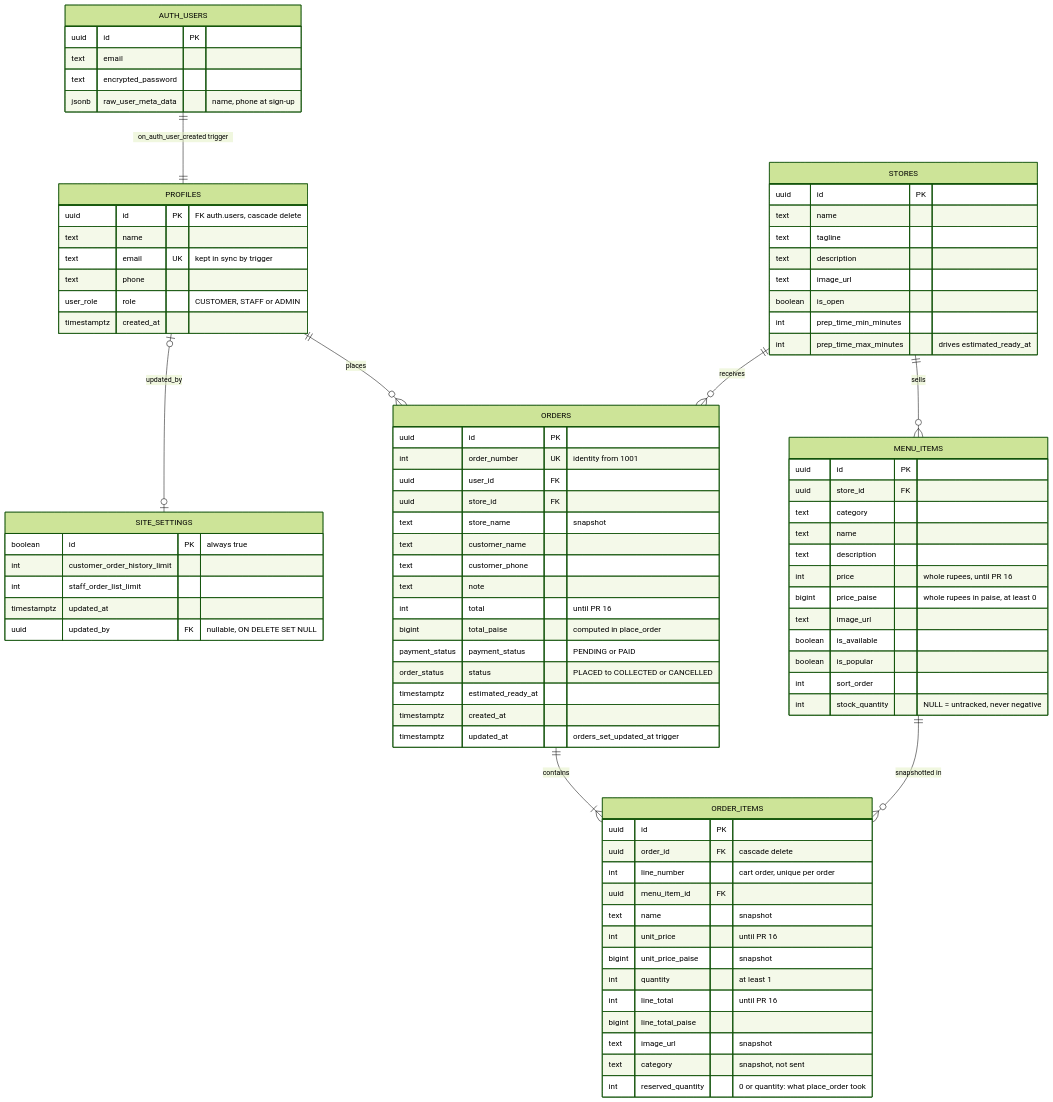
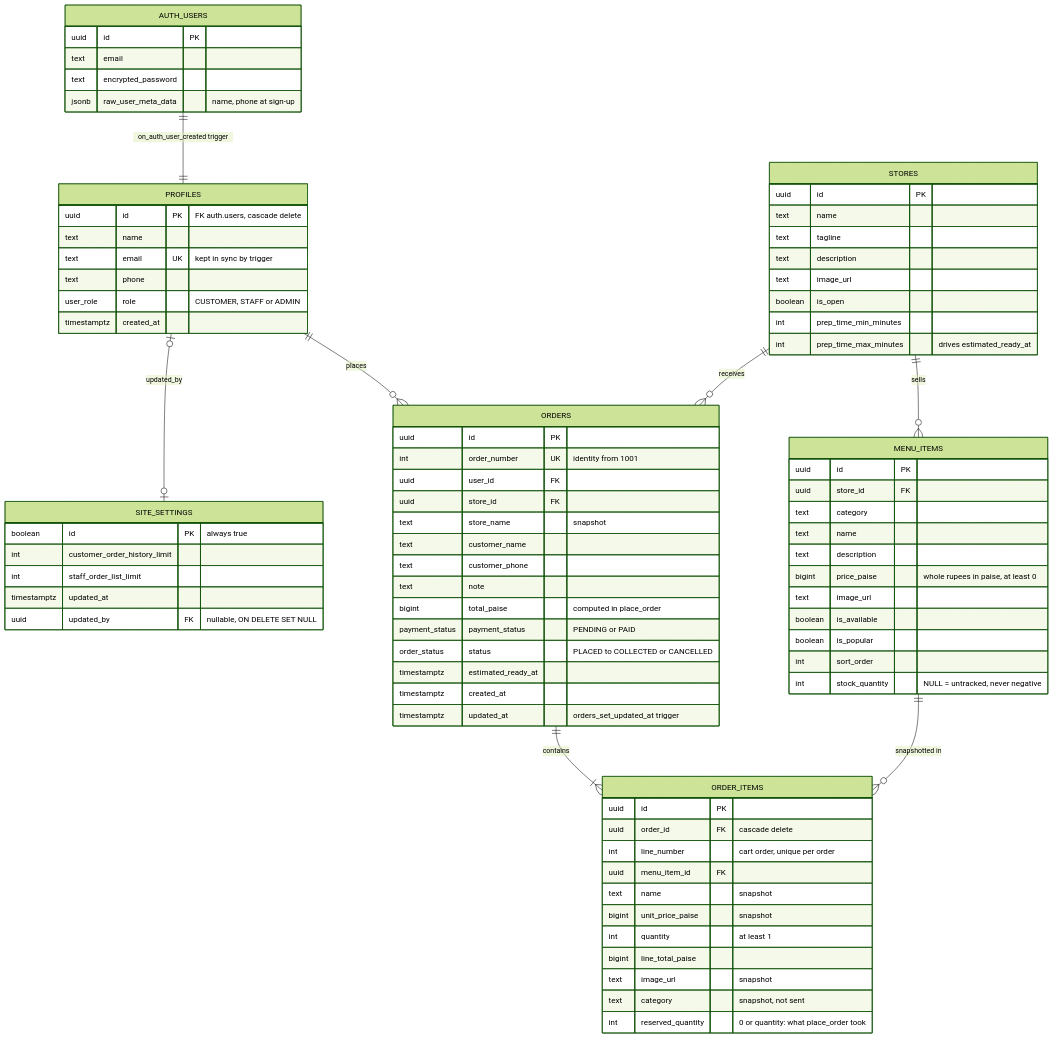
One commit to The-KhaNha/KhaNha changed diagram 28 of 28 in docs/ARCHITECTURE.md. Above: the diagram before and after it, drawn with Mermaid (forest theme). The commit also changed other lines of this file and 16 other files, not shown here.

```diff
--- a/docs/ARCHITECTURE.md
+++ b/docs/ARCHITECTURE.md
@@ -1026,7 +1026,6 @@
     text category
     text name
     text description
-    int price "whole rupees, until PR 16"
     bigint price_paise "whole rupees in paise, at least 0"
     text image_url
     boolean is_available
@@ -1043,7 +1042,6 @@
     text customer_name
     text customer_phone
     text note
-    int total "until PR 16"
     bigint total_paise "computed in place_order"
     payment_status payment_status "PENDING or PAID"
     order_status status "PLACED to COLLECTED or CANCELLED"
@@ -1057,10 +1055,8 @@
     int line_number "cart order, unique per order"
     uuid menu_item_id FK
     text name "snapshot"
-    int unit_price "until PR 16"
     bigint unit_price_paise "snapshot"
     int quantity "at least 1"
-    int line_total "until PR 16"
     bigint line_total_paise
     text image_url "snapshot"
     text category "snapshot, not sent"
```
